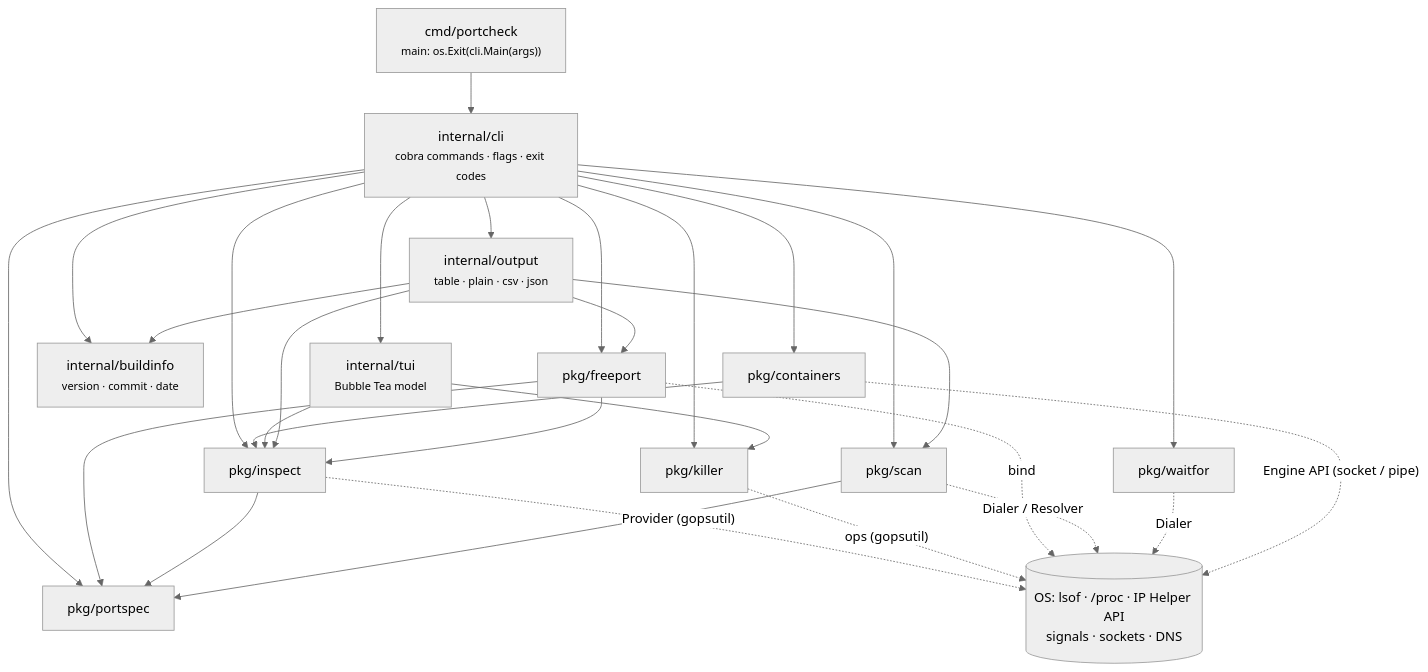
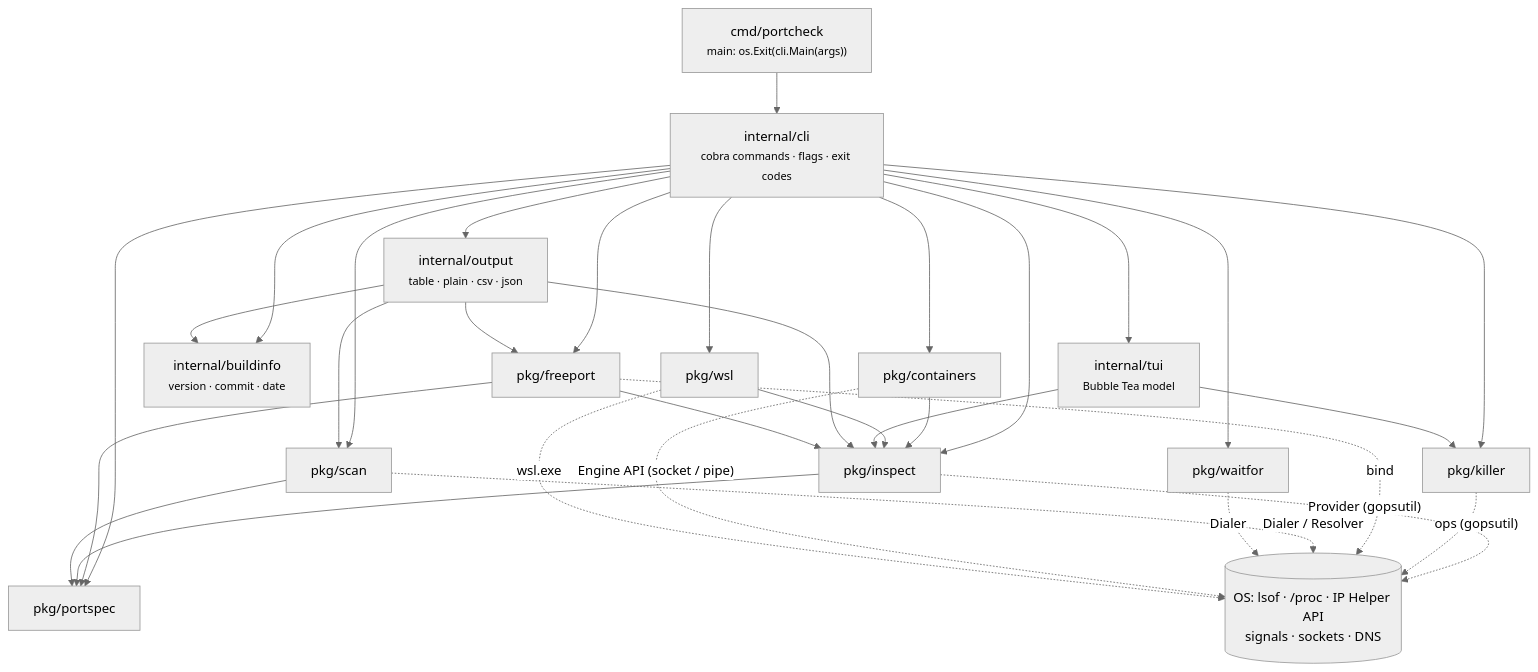
The first of 2 diagrams in docs/architecture.md (roystondwork-dev/portcheck), drawn with Mermaid (neutral theme) before and after one commit. The commit also changed other lines of this file and 20 other files, not shown here.

````diff
--- a/docs/architecture.md
+++ b/docs/architecture.md
@@ -5,33 +5,37 @@
 ```mermaid
 flowchart TD
     main["cmd/portcheck<br/><small>main: os.Exit(cli.Main(args))</small>"]
     cli["internal/cli<br/><small>cobra commands · flags · exit codes</small>"]
     out["internal/output<br/><small>table · plain · csv · json</small>"]
     tui["internal/tui<br/><small>Bubble Tea model</small>"]
     bi["internal/buildinfo<br/><small>version · commit · date</small>"]
     portspec["pkg/portspec"]
     inspect["pkg/inspect"]
     freeport["pkg/freeport"]
     killer["pkg/killer"]
     scan["pkg/scan"]
     waitfor["pkg/waitfor"]
     containers["pkg/containers"]
+    wslpkg["pkg/wsl"]
     os[("OS: lsof · /proc · IP Helper API<br/>signals · sockets · DNS")]
 
     main --> cli
     cli --> out & tui & bi
     out --> bi
     cli --> portspec & inspect & freeport & killer & scan & waitfor & containers
     containers --> inspect
+    cli --> wslpkg
+    wslpkg --> inspect
     tui --> inspect & killer
     out --> inspect & freeport & scan
     freeport --> inspect & portspec
     inspect --> portspec
     scan --> portspec
     inspect -. "Provider (gopsutil)" .-> os
     killer -. "ops (gopsutil)" .-> os
     freeport -. "bind" .-> os
     scan -. "Dialer / Resolver" .-> os
     waitfor -. "Dialer" .-> os
     containers -. "Engine API (socket / pipe)" .-> os
+    wslpkg -. "wsl.exe" .-> os
 ```
````
